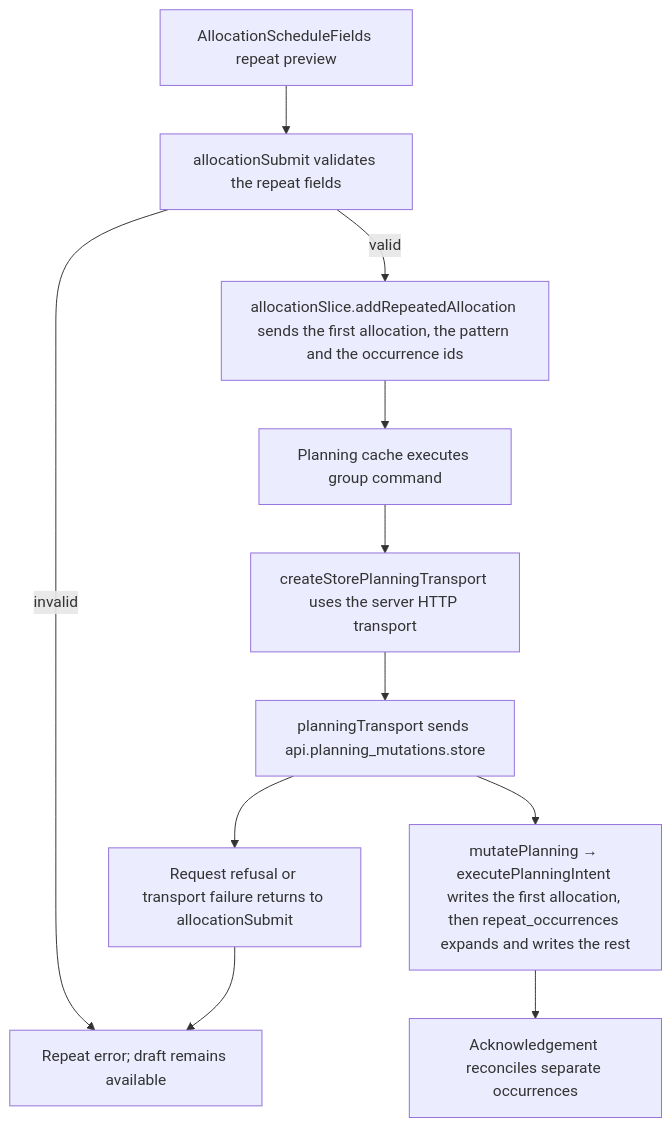
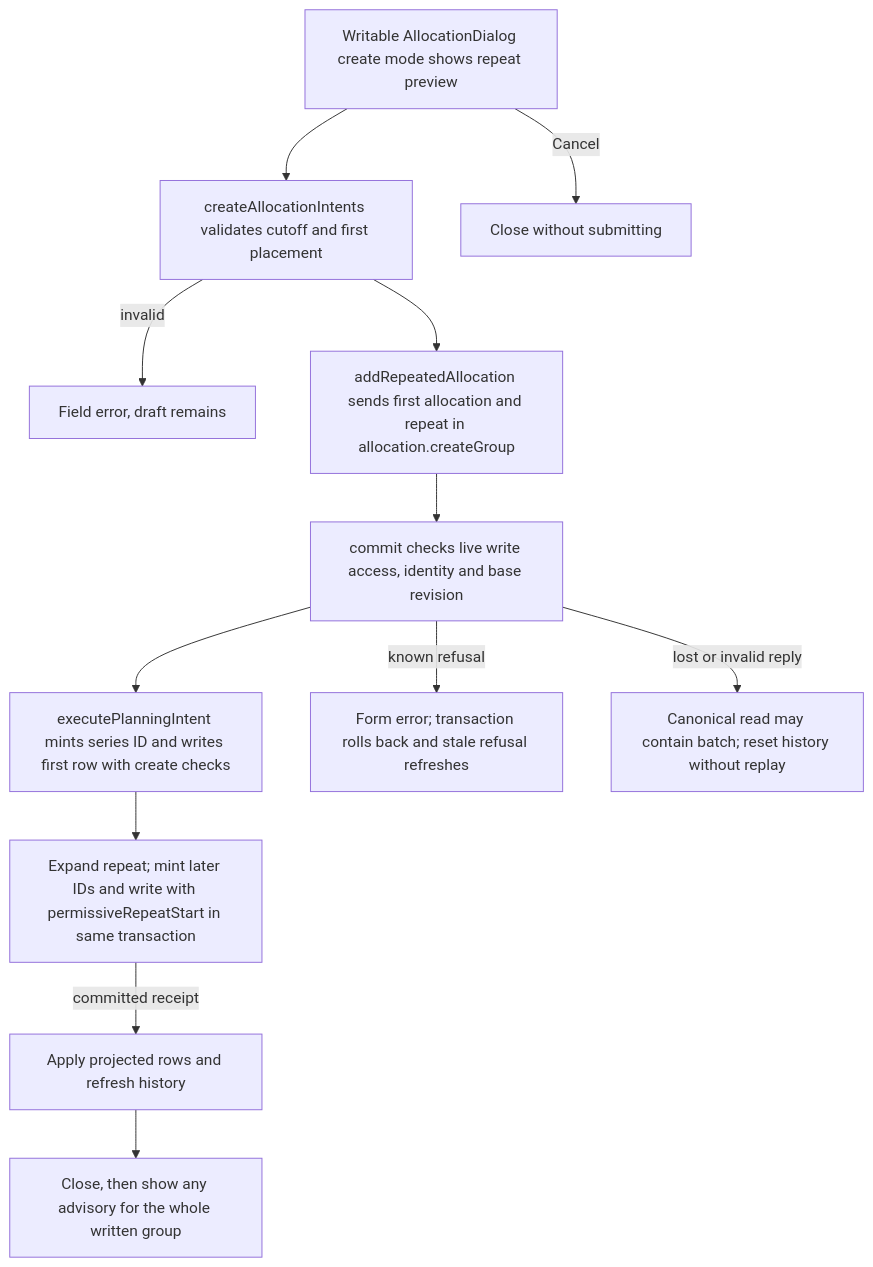
Before and after one commit to Kevinjohn/capacitylens: the second of 2 diagrams in user-stories/allocation/US-ALL-09-repeat-creation.md, drawn with Mermaid. The commit also changed other lines of this file and 172 other files, not shown here.

Commit message:
docs: reconcile user story code flows with source

````diff
--- a/user-stories/allocation/US-ALL-09-repeat-creation.md
+++ b/user-stories/allocation/US-ALL-09-repeat-creation.md
@@ -45,13 +45,14 @@
 ```mermaid
 flowchart TD
-  A["AllocationScheduleFields repeat preview"] --> B["allocationSubmit validates the repeat fields"]
-  B -->|valid| C["allocationSlice.addRepeatedAllocation sends the first allocation, the pattern and the occurrence ids"]
-  B -->|invalid| I["Repeat/date error; no write"]
-  C --> D["Planning cache executes group command"]
-  D --> E["createStorePlanningTransport uses the server HTTP transport"]
-  E --> F["planningTransport sends api.planning_mutations.store"]
-  F --> J["Request refusal or transport failure returns to allocationSubmit"]
-  J --> I["Repeat error; draft remains available"]
-  F --> G["mutatePlanning → executePlanningIntent writes the first allocation, then repeat_occurrences expands and writes the rest"]
-  G --> H["Acknowledgement reconciles separate occurrences"]
+  Form["Writable AllocationDialog create mode shows repeat preview"] --> Save["createAllocationIntents validates cutoff and first placement"]
+  Form -->|Cancel| Discard["Close without submitting"]
+  Save -->|invalid| Field["Field error, draft remains"]
+  Save --> Send["addRepeatedAllocation sends first allocation and repeat in allocation.createGroup"]
+  Send --> Commit["commit checks live write access, identity and base revision"]
+  Commit --> First["executePlanningIntent mints series ID and writes first row with create checks"]
+  First --> Later["Expand repeat; mint later IDs and write with permissiveRepeatStart in same transaction"]
+  Later -->|committed receipt| Reconcile["Apply projected rows and refresh history"]
+  Reconcile --> Done["Close, then show any advisory for the whole written group"]
+  Commit -->|known refusal| Error["Form error; transaction rolls back and stale refusal refreshes"]
+  Commit -->|lost or invalid reply| Unknown["Canonical read may contain batch; reset history without replay"]
 ```
````
